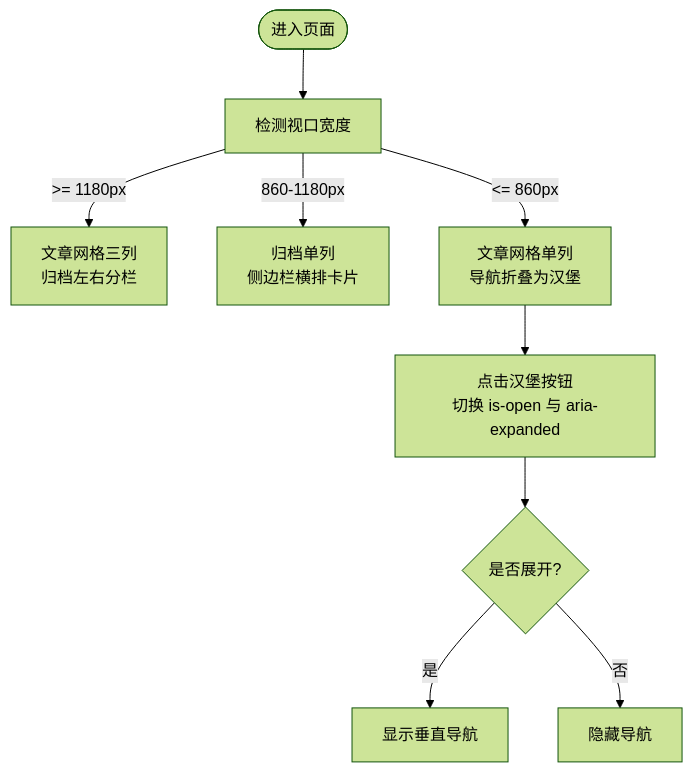
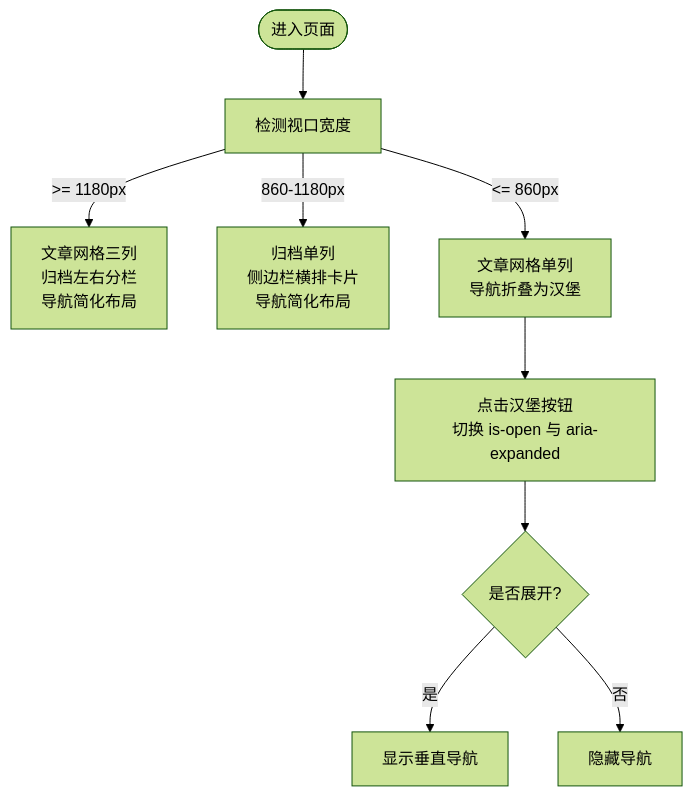
One commit to Pyrite6/Blog changed the third of 5 diagrams in .qoder/repowiki/zh/content/主题系统/响应式设计.md. Above: the diagram before and after it, drawn with Mermaid (forest theme). The commit also changed other lines of this file and 24 other files, not shown here.

````diff
--- a/.qoder/repowiki/zh/content/主题系统/响应式设计.md
+++ b/.qoder/repowiki/zh/content/主题系统/响应式设计.md
@@ -158,11 +165,11 @@
 ```mermaid
 flowchart TD
 Start(["进入页面"]) --> Detect["检测视口宽度"]
-Detect --> |>= 1180px| ThreeCol["文章网格三列<br/>归档左右分栏"]
-Detect --> |860-1180px| TwoCol["归档单列<br/>侧边栏横排卡片"]
+Detect --> |>= 1180px| ThreeCol["文章网格三列<br/>归档左右分栏<br/>导航简化布局"]
+Detect --> |860-1180px| TwoCol["归档单列<br/>侧边栏横排卡片<br/>导航简化布局"]
 Detect --> |<= 860px| OneCol["文章网格单列<br/>导航折叠为汉堡"]
 OneCol --> Toggle["点击汉堡按钮<br/>切换 is-open 与 aria-expanded"]
 Toggle --> NavOpen{"是否展开?"}
 NavOpen --> |是| ShowNav["显示垂直导航"]
 NavOpen --> |否| HideNav["隐藏导航"]
 ```
````
